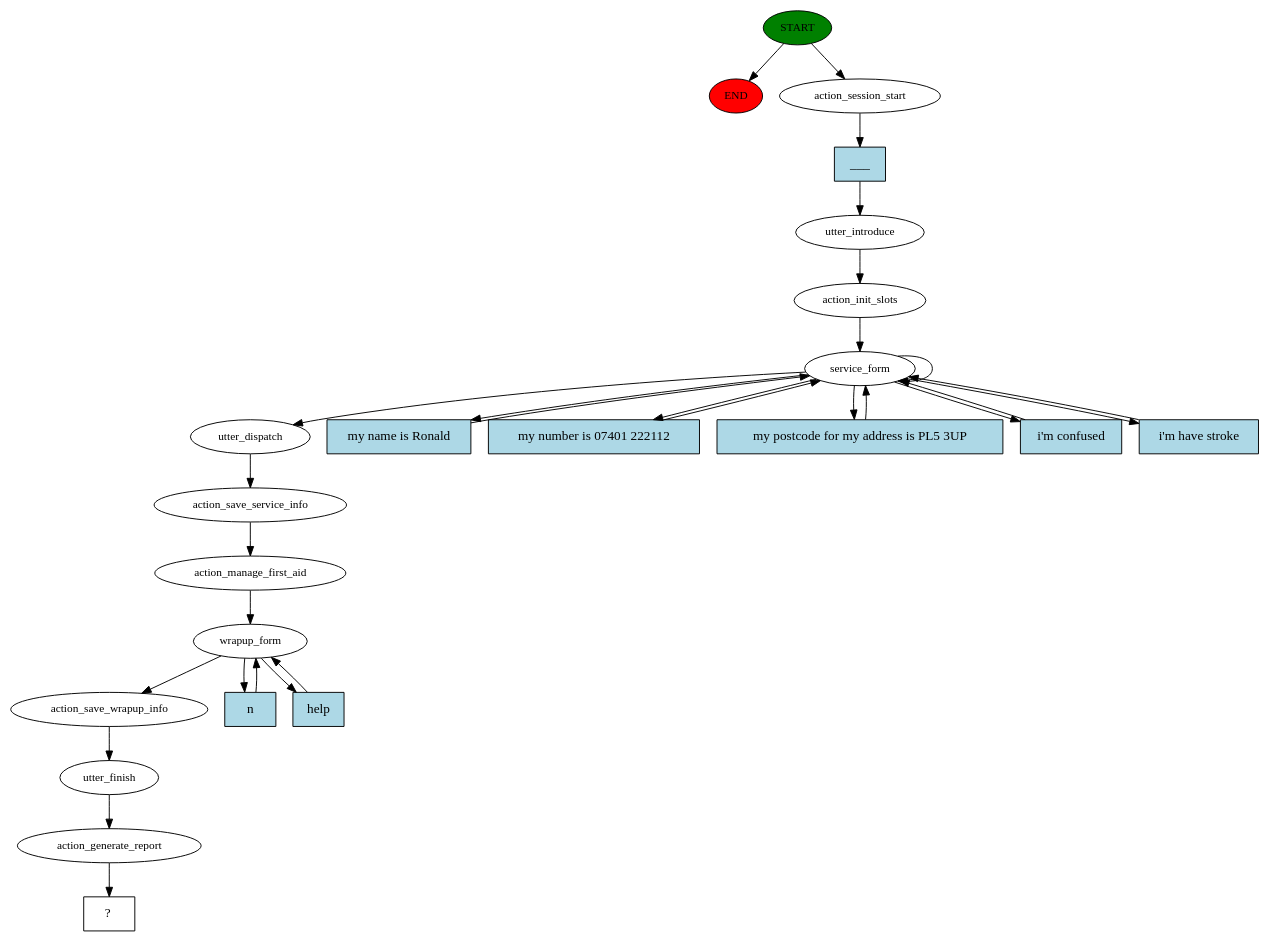
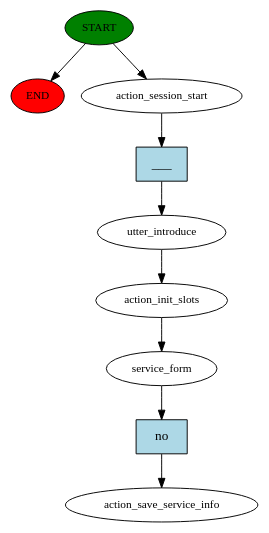
The diagram in chatbot/story_graph.dot (JackFarmer132/CS310Project), drawn with Graphviz before and after one commit. The commit also changed 36 other files, not shown here.

```diff
--- a/chatbot/story_graph.dot
+++ b/chatbot/story_graph.dot
@@ -1,53 +1,19 @@
 digraph  {
 0 [class="start active", fillcolor=green, fontsize=12, label=START, style=filled];
 "-1" [class=end, fillcolor=red, fontsize=12, label=END, style=filled];
 1 [class=active, fontsize=12, label=action_session_start];
 2 [class=active, fontsize=12, label=utter_introduce];
 3 [class=active, fontsize=12, label=action_init_slots];
 4 [class=active, fontsize=12, label=service_form];
-18 [class=active, fontsize=12, label=utter_dispatch];
-19 [class=active, fontsize=12, label=action_save_service_info];
-20 [class=active, fontsize=12, label=action_manage_first_aid];
-21 [class=active, fontsize=12, label=wrapup_form];
-24 [class=active, fontsize=12, label=action_save_wrapup_info];
-25 [class=active, fontsize=12, label=utter_finish];
-26 [class=active, fontsize=12, label=action_generate_report];
-27 [class="intent dashed active", label="  ?  ", shape=rect];
-28 [class="intent active", fillcolor=lightblue, label=___, shape=rect, style=filled];
-29 [class="intent active", fillcolor=lightblue, label="my name is Ronald", shape=rect, style=filled];
-30 [class="intent active", fillcolor=lightblue, label="my number is 07401 222112", shape=rect, style=filled];
-31 [class="intent active", fillcolor=lightblue, label="my postcode for my address is PL5 3UP", shape=rect, style=filled];
-32 [class="intent active", fillcolor=lightblue, label="i'm confused", shape=rect, style=filled];
-33 [class="intent active", fillcolor=lightblue, label="i'm have stroke", shape=rect, style=filled];
-34 [class="intent active", fillcolor=lightblue, label=n, shape=rect, style=filled];
-35 [class="intent active", fillcolor=lightblue, label=help, shape=rect, style=filled];
+5 [class="dashed active", fontsize=12, label=action_save_service_info];
+6 [class="intent active", fillcolor=lightblue, label=___, shape=rect, style=filled];
+7 [class="intent active", fillcolor=lightblue, label=no, shape=rect, style=filled];
 0 -> "-1"  [class="", key=NONE, label=""];
 0 -> 1  [class=active, key=NONE, label=""];
-1 -> 28  [class=active, key=0];
+1 -> 6  [class=active, key=0];
 2 -> 3  [class=active, key=NONE, label=""];
 3 -> 4  [class=active, key=NONE, label=""];
-4 -> 4  [class=active, key=NONE, label=""];
-4 -> 18  [class=active, key=NONE, label=""];
-4 -> 29  [class=active, key=0];
-4 -> 30  [class=active, key=0];
-4 -> 31  [class=active, key=0];
-4 -> 32  [class=active, key=0];
-4 -> 33  [class=active, key=0];
-18 -> 19  [class=active, key=NONE, label=""];
-19 -> 20  [class=active, key=NONE, label=""];
-20 -> 21  [class=active, key=NONE, label=""];
-21 -> 24  [class=active, key=NONE, label=""];
-21 -> 34  [class=active, key=0];
-21 -> 35  [class=active, key=0];
-24 -> 25  [class=active, key=NONE, label=""];
-25 -> 26  [class=active, key=NONE, label=""];
-26 -> 27  [class=active, key=NONE, label=""];
-28 -> 2  [class=active, key=0];
-29 -> 4  [class=active, key=0];
-30 -> 4  [class=active, key=0];
-31 -> 4  [class=active, key=0];
-32 -> 4  [class=active, key=0];
-33 -> 4  [class=active, key=0];
-34 -> 21  [class=active, key=0];
-35 -> 21  [class=active, key=0];
+4 -> 7  [class=active, key=0];
+6 -> 2  [class=active, key=0];
+7 -> 5  [class=active, key=0];
 }
```
